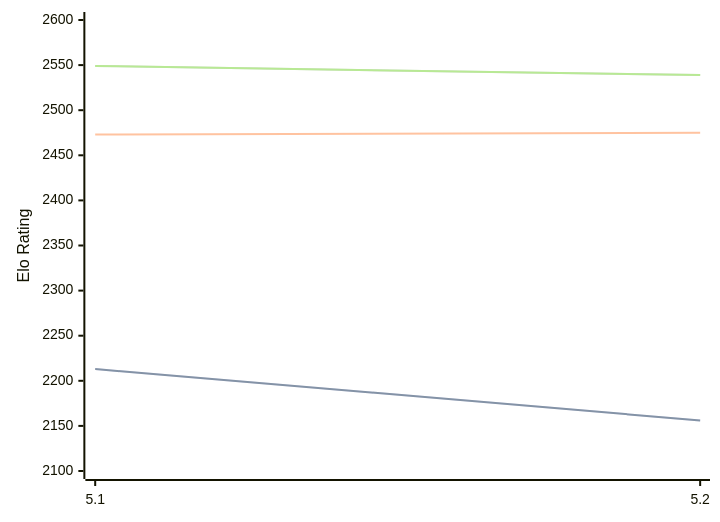
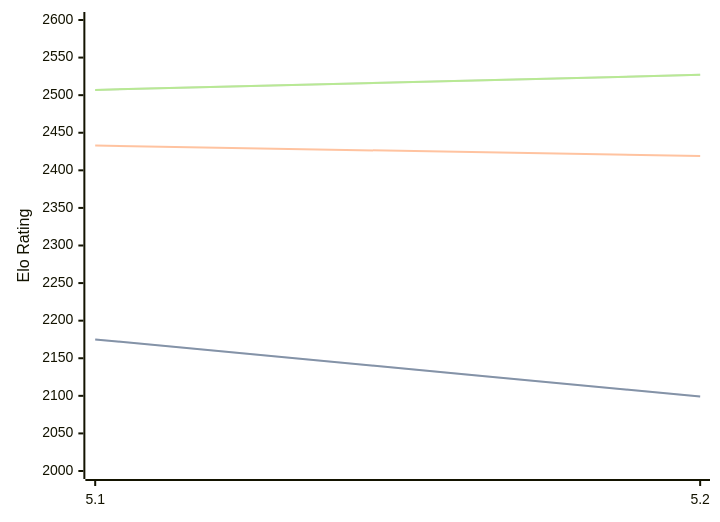
One commit to computer-chess-index/cci changed the diagram in engines/Prophet.md. Above: the diagram before and after it, drawn with Mermaid. The commit also changed other lines of this file, not shown here.

Commit message:
Update CCI Ratings (ELO VLTC) - 2026-05-19

````diff
--- a/engines/Prophet.md
+++ b/engines/Prophet.md
@@ -38,11 +38,11 @@
 ```mermaid
 %%{init: {"theme":"base","themeVariables":{"seriesColors:['#a3a3a3','#222221','#faa371']}}}%%
 xychart-beta
   x-axis ["5.1", "5.2"]
-  y-axis "Elo Rating" 2100 --> 2600
-  line "STC (8.0+0.08s)" [2213, 2156]
-  line "STC (8.0+0.08s)" [2213, 2156]
-  line "LTC (60.0+0.60s)" [2473, 2475]
-  line "VLTC (2m24s+1.12s)" [2549, 2539]
-  line "VLTC (2m24s+1.12s)" [2549, 2539]
+  y-axis "Elo Rating" 2000 --> 2600
+  line "STC (8.0+0.08s)" [2175, 2099]
+  line "STC (8.0+0.08s)" [2175, 2099]
+  line "LTC (60.0+0.60s)" [2433, 2419]
+  line "VLTC (2m24s+1.12s)" [2507, 2527]
+  line "VLTC (2m24s+1.12s)" [2507, 2527]
 ```
````
